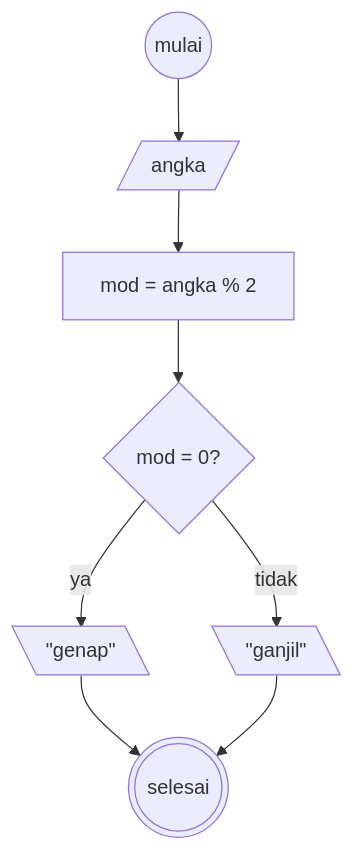
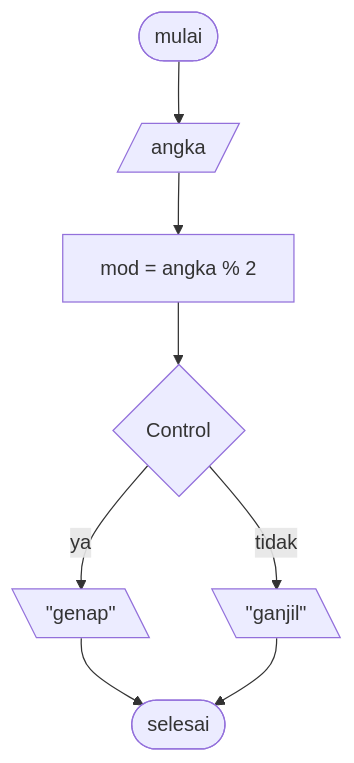
Before and after one commit to sronnaim/koda-b10-algoritma: the diagram in README.md, drawn with Mermaid.

Commit message:
chore: added quotes for conventions

````diff
--- a/README.md
+++ b/README.md
@@ -27,14 +27,14 @@
 ```mermaid
 flowchart TD
-    Start@{ shape: circle, label: mulai }
+    Start@{ shape: terminal, label: mulai }
     Input@{ shape: lean-r, label: angka }
-    A@{ shape: rect,  label: mod = angka % 2 }
-    Control@{ shape: diamond, label: mod = 0? }
-    OutputOdd@{ shape: lean-l, label: #quot;ganjil#quot; }
-    OutputEven@{ shape: lean-l, label: #quot;genap#quot; }
-    End@{ shape: dbl-circ, label: selesai }
+    A@{ shape: rect,  label: "mod = angka % 2" }
+    Control@{ shape: diamond, "label: mod = 0?" }
+    OutputOdd@{ shape: lean-l, label: "#quot;ganjil#quot;" }
+    OutputEven@{ shape: lean-l, label: "#quot;genap#quot;" }
+    End@{ shape: terminal, label: selesai }
 
     Start --> Input --> A --> Control
     Control --ya--> OutputEven --> End
     Control --tidak--> OutputOdd --> End
 ```
````
